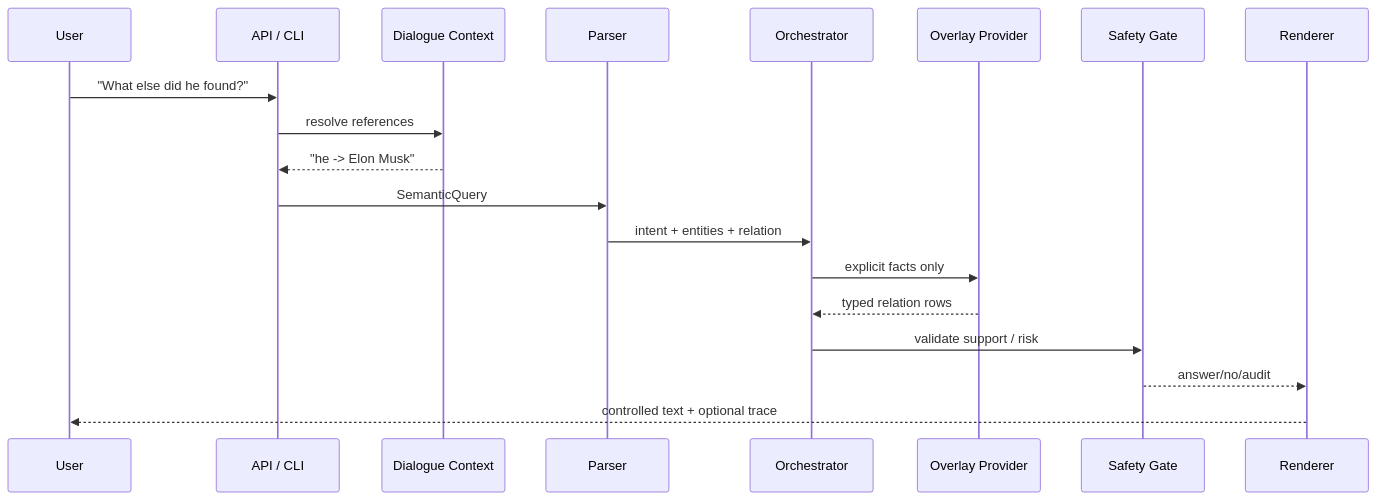
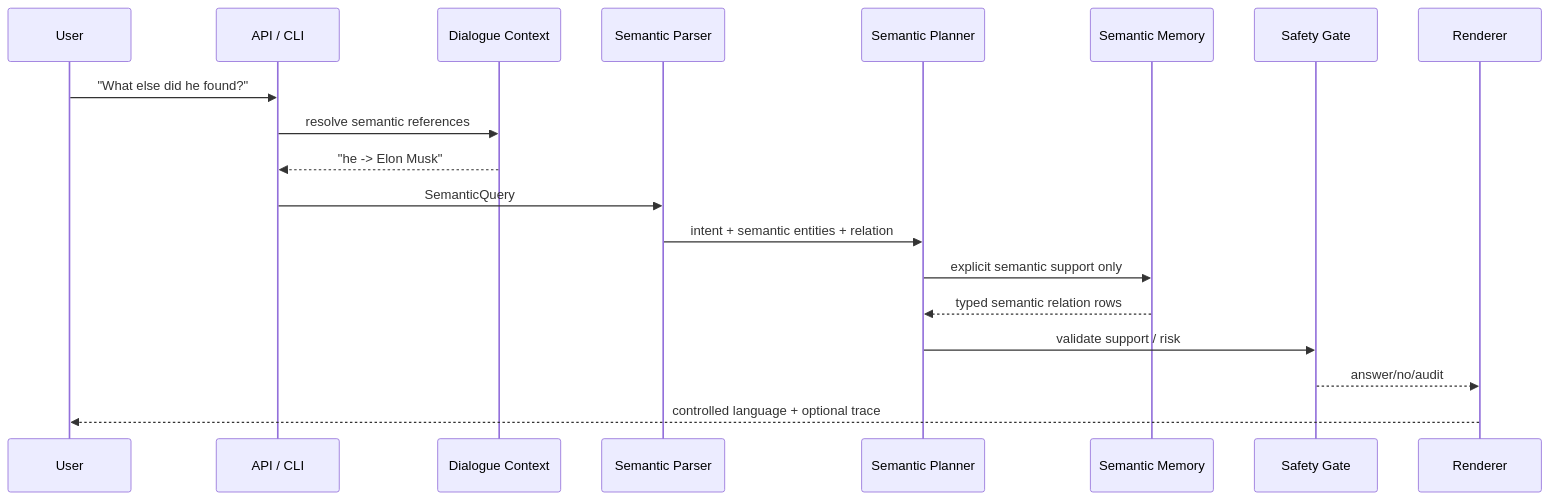
One commit to zowelqqee/microworld changed the second of 5 diagrams in README.md. Above: the diagram before and after it, drawn with Mermaid. The commit also changed other lines of this file, not shown here.

Commit message:
Document semantic Microworld architecture

````diff
--- a/README.md
+++ b/README.md
@@ -385,22 +434,22 @@
 ```mermaid
 sequenceDiagram
     participant U as User
     participant API as API / CLI
     participant D as Dialogue Context
-    participant P as Parser
-    participant O as Orchestrator
-    participant KB as Overlay Provider
+    participant P as Semantic Parser
+    participant O as Semantic Planner
+    participant KB as Semantic Memory
     participant G as Safety Gate
     participant R as Renderer
 
     U->>API: "What else did he found?"
-    API->>D: resolve references
+    API->>D: resolve semantic references
     D-->>API: "he -> Elon Musk"
     API->>P: SemanticQuery
-    P->>O: intent + entities + relation
-    O->>KB: explicit facts only
-    KB-->>O: typed relation rows
+    P->>O: intent + semantic entities + relation
+    O->>KB: explicit semantic support only
+    KB-->>O: typed semantic relation rows
     O->>G: validate support / risk
     G-->>R: answer/no/audit
-    R-->>U: controlled text + optional trace
+    R-->>U: controlled language + optional trace
 ```
````
